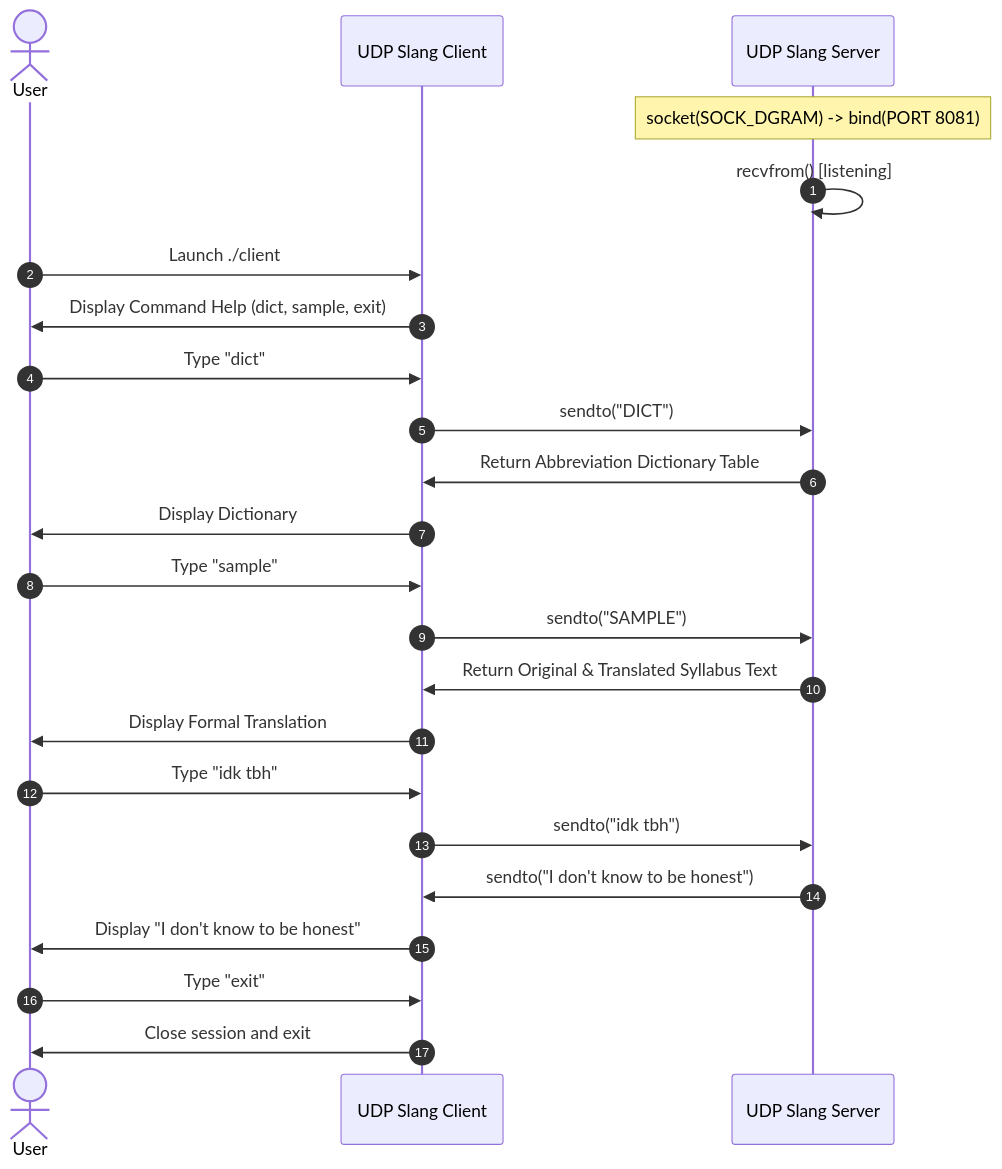
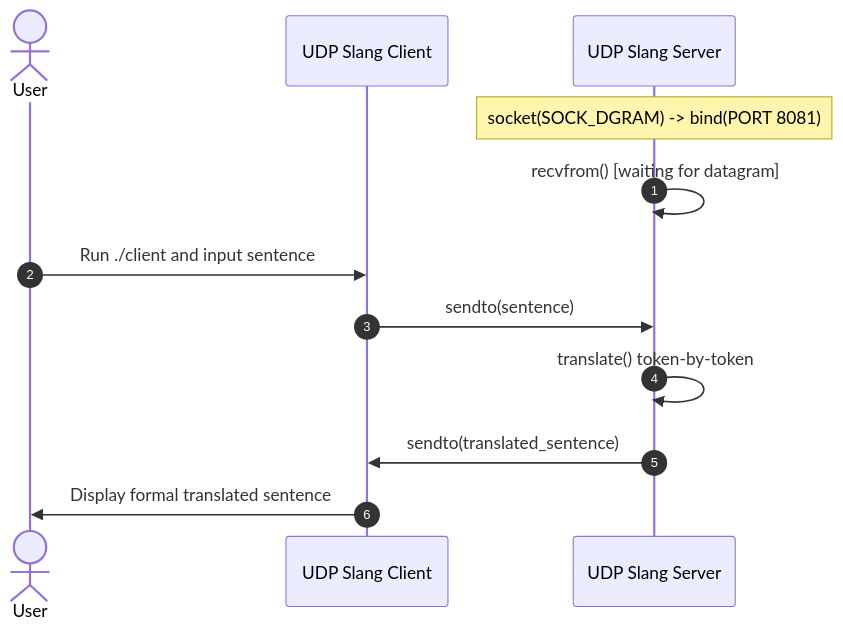
One commit to tott1o/networks_lab_ktu_s5_24scheme changed the diagram in exp06_udp_slang_translator/RECORD.md. Above: the diagram before and after it, drawn with Mermaid. The commit also changed other lines of this file and 66 other files, not shown here.

````diff
--- a/exp06_udp_slang_translator/RECORD.md
+++ b/exp06_udp_slang_translator/RECORD.md
@@ -63,31 +63,16 @@
 ```mermaid
 sequenceDiagram
     autonumber
     actor User
     participant Client as UDP Slang Client
     participant Server as UDP Slang Server
 
     Note over Server: socket(SOCK_DGRAM) -> bind(PORT 8081)
-    Server->>Server: recvfrom() [listening]
+    Server->>Server: recvfrom() [waiting for datagram]
     
-    User->>Client: Launch ./client
-    Client->>User: Display Command Help (dict, sample, exit)
-    
-    User->>Client: Type "dict"
-    Client->>Server: sendto("DICT")
-    Server->>Client: Return Abbreviation Dictionary Table
-    Client->>User: Display Dictionary
-    
-    User->>Client: Type "sample"
-    Client->>Server: sendto("SAMPLE")
-    Server->>Client: Return Original & Translated Syllabus Text
-    Client->>User: Display Formal Translation
-    
-    User->>Client: Type "idk tbh"
-    Client->>Server: sendto("idk tbh")
-    Server->>Client: sendto("I don't know to be honest")
-    Client->>User: Display "I don't know to be honest"
-
-    User->>Client: Type "exit"
-    Client->>User: Close session and exit
+    User->>Client: Run ./client and input sentence
+    Client->>Server: sendto(sentence)
+    Server->>Server: translate() token-by-token
+    Server->>Client: sendto(translated_sentence)
+    Client->>User: Display formal translated sentence
 ```
````
